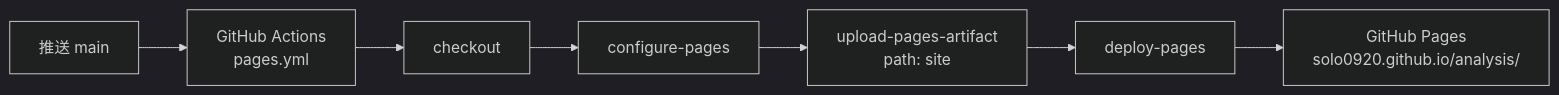
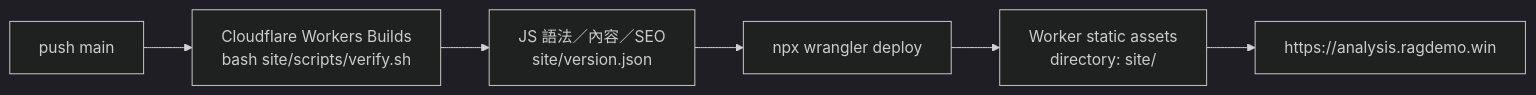
The fifth of 5 diagrams in documents/architecture.md (solo0920/analysis), drawn with Mermaid (dark theme) before and after one commit. The commit also changed other lines of this file and 10 other files, not shown here.

Commit message:
Deploy with Cloudflare Worker and simplify validation pipeline

````diff
--- a/documents/architecture.md
+++ b/documents/architecture.md
@@ -243,9 +243,8 @@
 ```mermaid
 flowchart LR
-  Dev["推送 main"] --> Actions["GitHub Actions<br/>pages.yml"]
-  Actions --> Checkout["checkout"]
-  Checkout --> Configure["configure-pages"]
-  Configure --> Upload["upload-pages-artifact<br/>path: site"]
-  Upload --> Deploy["deploy-pages"]
-  Deploy --> Live["GitHub Pages<br/>solo0920.github.io/analysis/"]
+  Dev["push main"] --> Build["Cloudflare Workers Builds<br/>bash site/scripts/verify.sh"]
+  Build --> Verify["JS 語法／內容／SEO<br/>site/version.json"]
+  Verify --> Deploy["npx wrangler deploy"]
+  Deploy --> Assets["Worker static assets<br/>directory: site/"]
+  Assets --> Live["https://analysis.ragdemo.win"]
 ```
````
